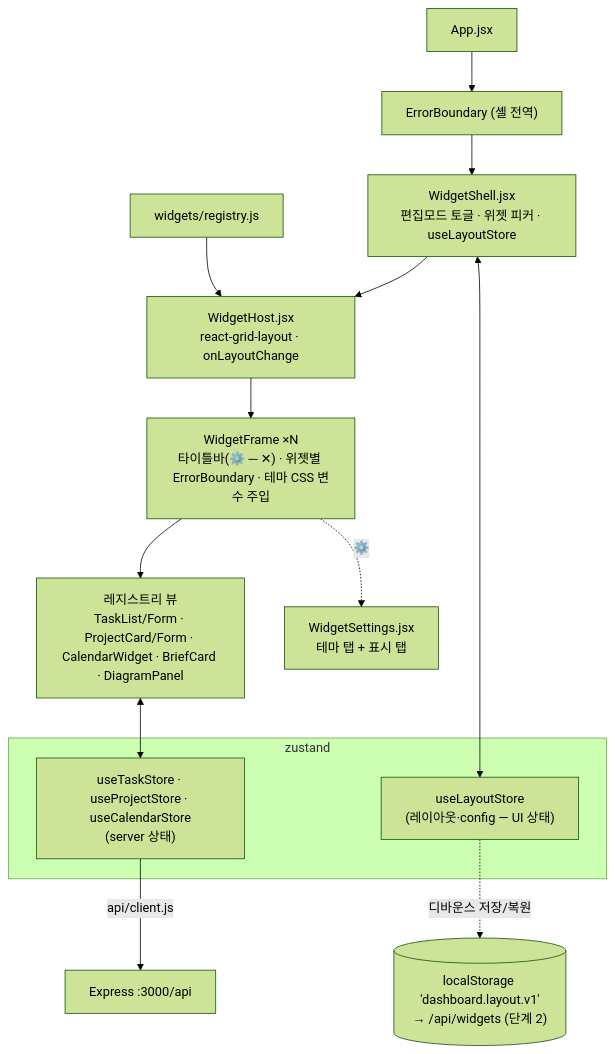
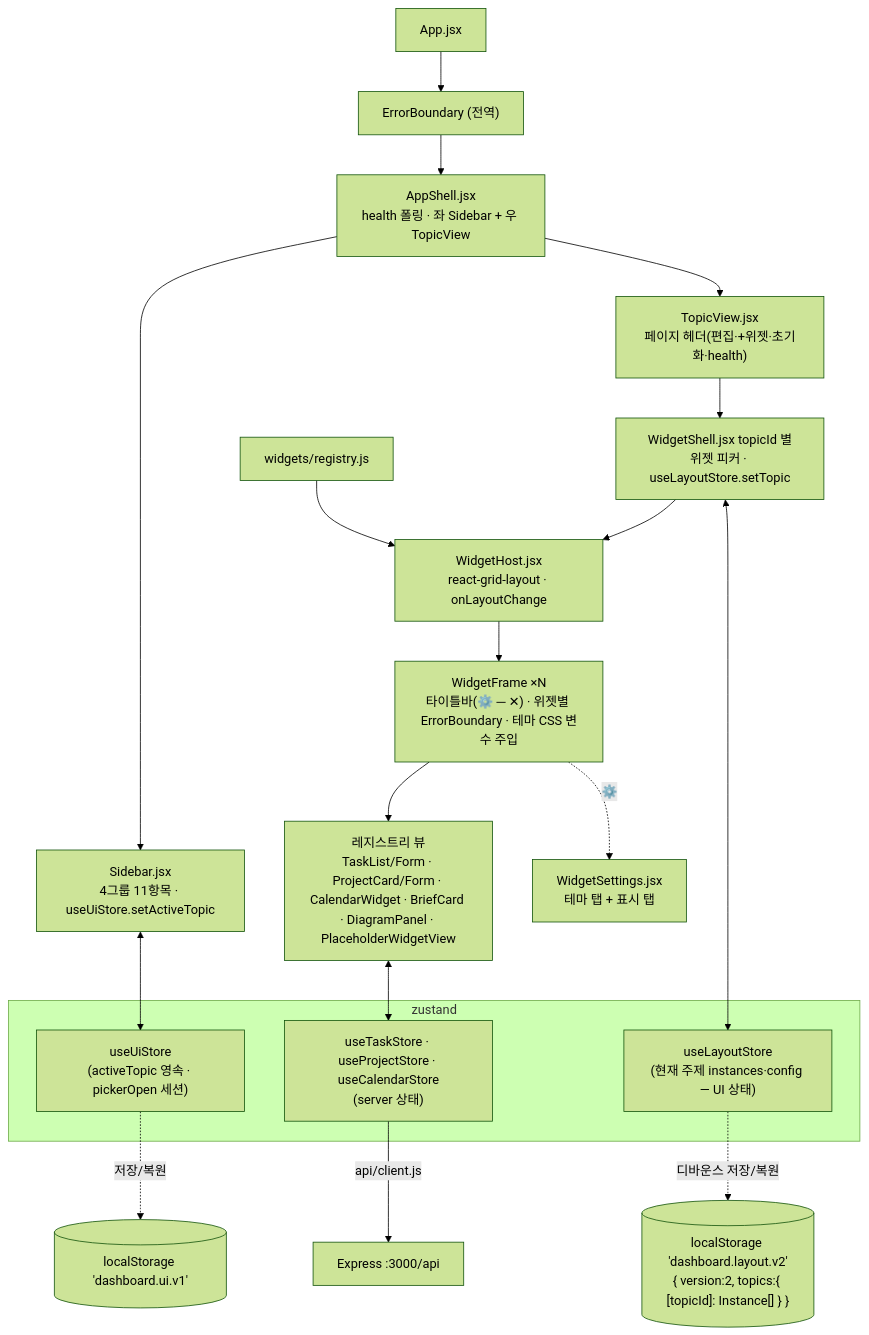
The first of 2 diagrams in docs/product/reference/UI_SPEC.md (gamercross/my-setup-proj), drawn with Mermaid (forest theme) before and after one commit. The commit also changed other lines of this file and 33 other files, not shown here.

````diff
--- a/docs/product/reference/UI_SPEC.md
+++ b/docs/product/reference/UI_SPEC.md
@@ -14,19 +14,25 @@
 ```mermaid
 flowchart TB
-  APP["App.jsx"] --> ERRB["ErrorBoundary (셸 전역)"]
-  ERRB --> SHELL["WidgetShell.jsx<br/>편집모드 토글 · 위젯 피커 · useLayoutStore"]
+  APP["App.jsx"] --> ERRB["ErrorBoundary (전역)"]
+  ERRB --> ASHELL["AppShell.jsx<br/>health 폴링 · 좌 Sidebar + 우 TopicView"]
+  ASHELL --> SB["Sidebar.jsx<br/>4그룹 11항목 · useUiStore.setActiveTopic"]
+  ASHELL --> TV["TopicView.jsx<br/>페이지 헤더(편집·+위젯·초기화·health)"]
+  TV --> SHELL["WidgetShell.jsx topicId 별<br/>위젯 피커 · useLayoutStore.setTopic"]
   SHELL --> HOST["WidgetHost.jsx<br/>react-grid-layout · onLayoutChange"]
   HOST --> WF["WidgetFrame ×N<br/>타이틀바(⚙️ ─ ✕) · 위젯별 ErrorBoundary · 테마 CSS 변수 주입"]
-  WF --> VIEW["레지스트리 뷰<br/>TaskList/Form · ProjectCard/Form · CalendarWidget · BriefCard · DiagramPanel"]
+  WF --> VIEW["레지스트리 뷰<br/>TaskList/Form · ProjectCard/Form · CalendarWidget · BriefCard · DiagramPanel · PlaceholderWidgetView"]
   WF -. ⚙️ .-> SET["WidgetSettings.jsx<br/>테마 탭 + 표시 탭"]
 
   subgraph STORES["zustand"]
-    LS["useLayoutStore<br/>(레이아웃·config — UI 상태)"]
+    UI["useUiStore<br/>(activeTopic 영속 · pickerOpen 세션)"]
+    LS["useLayoutStore<br/>(현재 주제 instances·config — UI 상태)"]
     TS["useTaskStore · useProjectStore · useCalendarStore<br/>(server 상태)"]
   end
+  SB <--> UI
   SHELL <--> LS
   VIEW <--> TS
-  LS -. 디바운스 저장/복원 .-> P[("localStorage 'dashboard.layout.v1'<br/>→ /api/widgets (단계 2)")]
+  LS -. 디바운스 저장/복원 .-> P[("localStorage 'dashboard.layout.v2'<br/>{ version:2, topics:{ [topicId]: Instance[] } }")]
+  UI -. 저장/복원 .-> PUI[("localStorage 'dashboard.ui.v1'")]
   TS -->|"api/client.js"| BE["Express :3000/api"]
   REG["widgets/registry.js"] --> HOST
 ```
````
